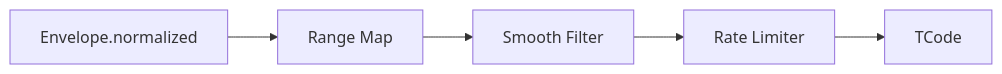
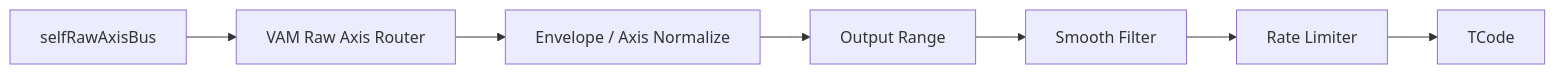
One commit to FrogThe2nd/f8studio changed the third of 3 diagrams in docs/scenarios/vam-self-motion-fallback.md. Above: the diagram before and after it, drawn with Mermaid. The commit also changed other lines of this file and 3 other files, not shown here.

Commit message:
Unify VAM branch output rack docs

````diff
--- a/docs/scenarios/vam-self-motion-fallback.md
+++ b/docs/scenarios/vam-self-motion-fallback.md
@@ -383,7 +417,9 @@
 ```mermaid
 flowchart LR
-    Env["Envelope.normalized"] --> Map["Range Map"]
+    Bus["selfRawAxisBus"] --> Router["VAM Raw Axis Router"]
+    Router --> Env["Envelope / Axis Normalize"]
+    Env --> Map["Output Range"]
     Map --> Smooth["Smooth Filter"]
     Smooth --> Limit["Rate Limiter"]
     Limit --> TCode["TCode"]
 ```
````
